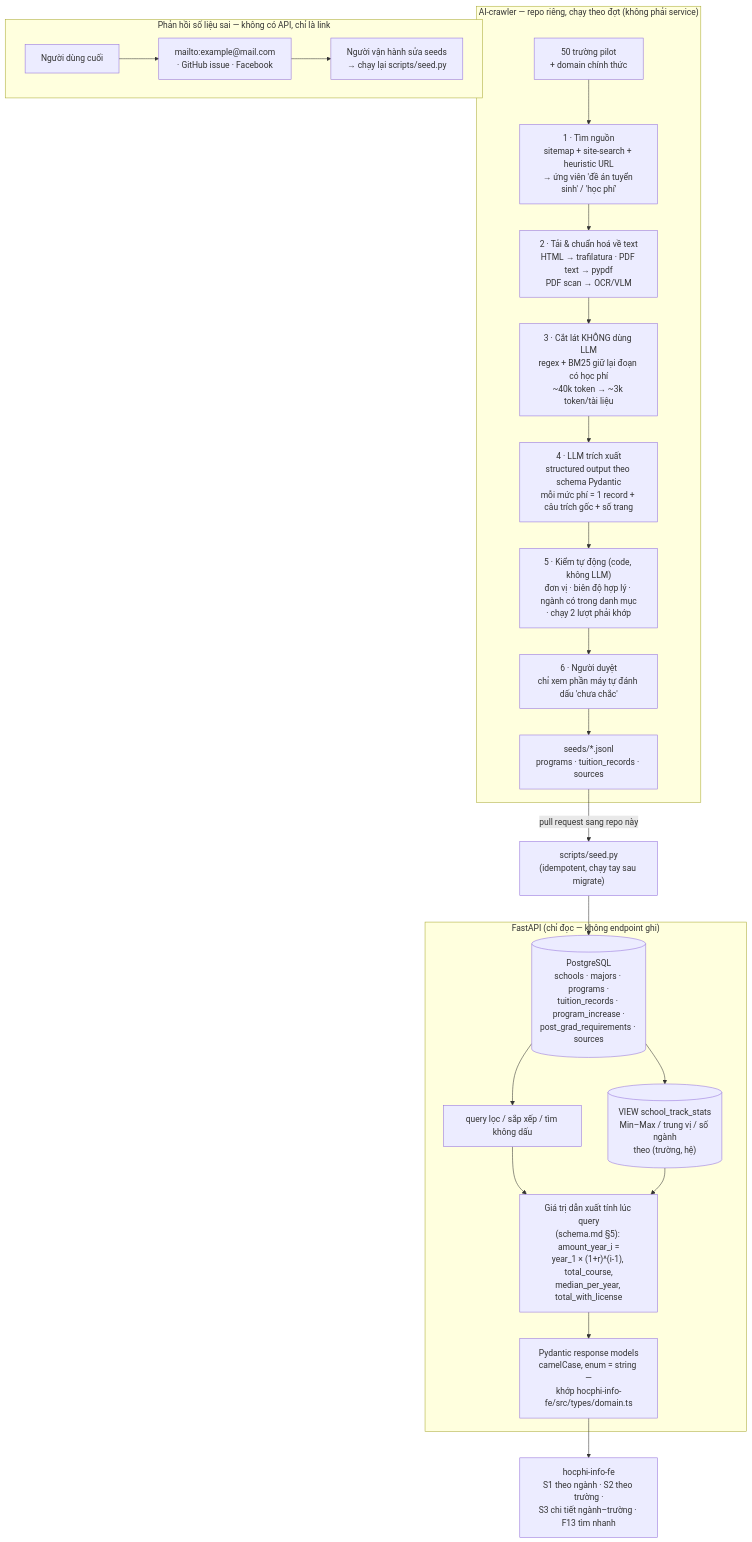
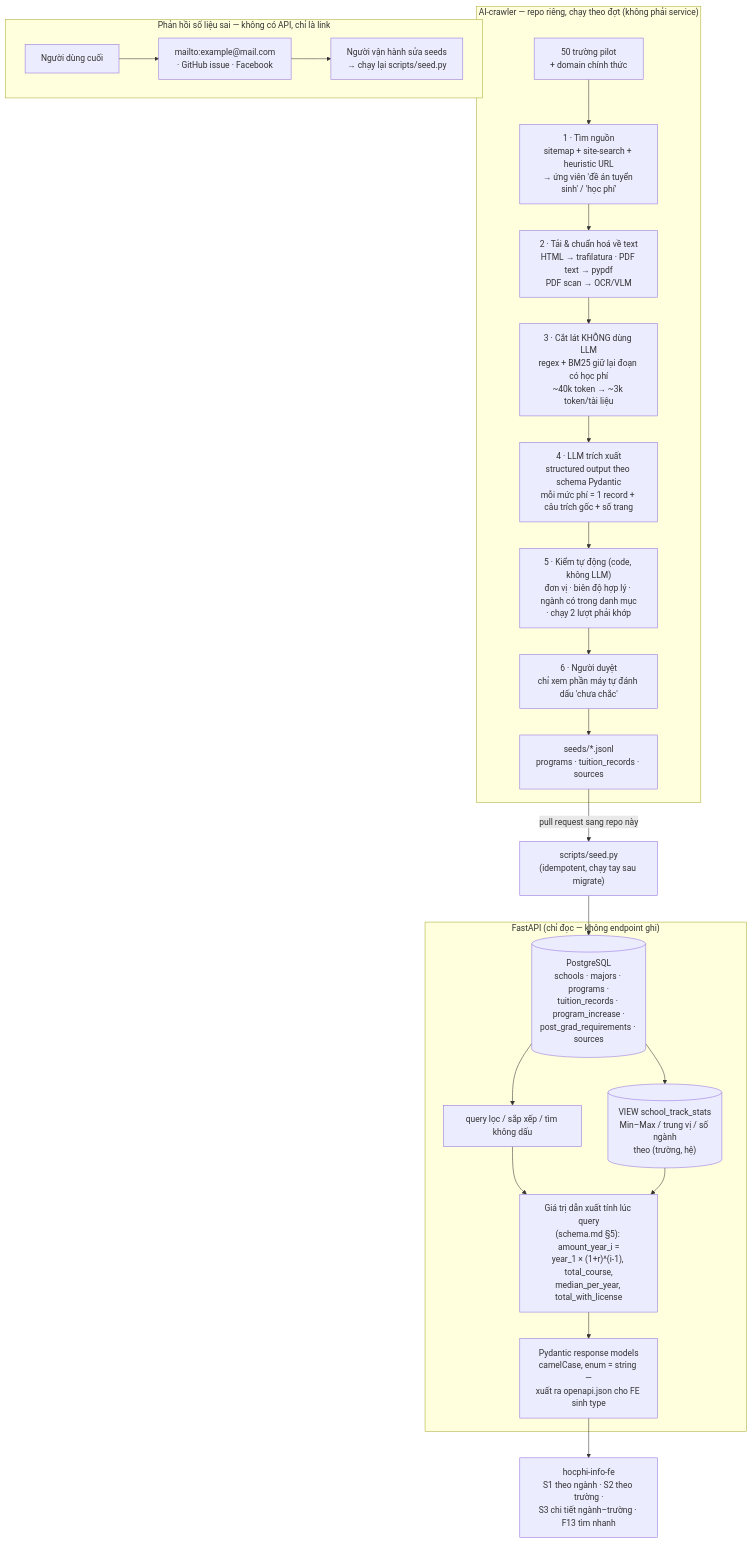
Before and after one commit to hocphi-info/hocphi-info-be: the first of 2 diagrams in README.md, drawn with Mermaid. The commit also changed other lines of this file and 2 other files, not shown here.

Commit message:
docs: document the openapi.json contract workflow

````diff
--- a/README.md
+++ b/README.md
@@ -28,30 +28,30 @@
 ```mermaid
 flowchart TD
     subgraph CRAWL["AI-crawler — repo riêng, chạy theo đợt (không phải service)"]
         LIST["50 trường pilot<br/>+ domain chính thức"] --> DISC["1 · Tìm nguồn<br/>sitemap + site-search + heuristic URL<br/>→ ứng viên 'đề án tuyển sinh' / 'học phí'"]
         DISC --> FETCH["2 · Tải & chuẩn hoá về text<br/>HTML → trafilatura · PDF text → pypdf<br/>PDF scan → OCR/VLM"]
         FETCH --> SLICE["3 · Cắt lát KHÔNG dùng LLM<br/>regex + BM25 giữ lại đoạn có học phí<br/>~40k token → ~3k token/tài liệu"]
         SLICE --> LLM["4 · LLM trích xuất<br/>structured output theo schema Pydantic<br/>mỗi mức phí = 1 record + câu trích gốc + số trang"]
         LLM --> CHECK["5 · Kiểm tự động (code, không LLM)<br/>đơn vị · biên độ hợp lý · ngành có trong danh mục<br/>· chạy 2 lượt phải khớp"]
         CHECK --> REVIEW["6 · Người duyệt<br/>chỉ xem phần máy tự đánh dấu 'chưa chắc'"]
         REVIEW --> OUT["seeds/*.jsonl<br/>programs · tuition_records · sources"]
     end
 
     OUT -->|"pull request sang repo này"| SEED["scripts/seed.py<br/>(idempotent, chạy tay sau migrate)"]
     SEED --> DB[("PostgreSQL<br/>schools · majors · programs ·<br/>tuition_records · program_increase ·<br/>post_grad_requirements · sources")]
 
     subgraph API["FastAPI (chỉ đọc — không endpoint ghi)"]
         DB --> Q["query lọc / sắp xếp / tìm không dấu"]
         DB --> VIEW[("VIEW school_track_stats<br/>Min–Max / trung vị / số ngành<br/>theo (trường, hệ)")]
         Q --> DERIVE["Giá trị dẫn xuất tính lúc query<br/>(schema.md §5): amount_year_i =<br/>year_1 × (1+r)^(i-1), total_course,<br/>median_per_year, total_with_license"]
         VIEW --> DERIVE
-        DERIVE --> RESP["Pydantic response models<br/>camelCase, enum = string —<br/>khớp hocphi-info-fe/src/types/domain.ts"]
+        DERIVE --> RESP["Pydantic response models<br/>camelCase, enum = string —<br/>xuất ra openapi.json cho FE sinh type"]
     end
 
     RESP --> FE["hocphi-info-fe<br/>S1 theo ngành · S2 theo trường ·<br/>S3 chi tiết ngành–trường · F13 tìm nhanh"]
 
     subgraph FB["Phản hồi số liệu sai — không có API, chỉ là link"]
         USER["Người dùng cuối"] --> CH["mailto:example@mail.com<br/>· GitHub issue · Facebook"]
         CH --> OWNER["Người vận hành sửa seeds<br/>→ chạy lại scripts/seed.py"]
     end
 ```
````
